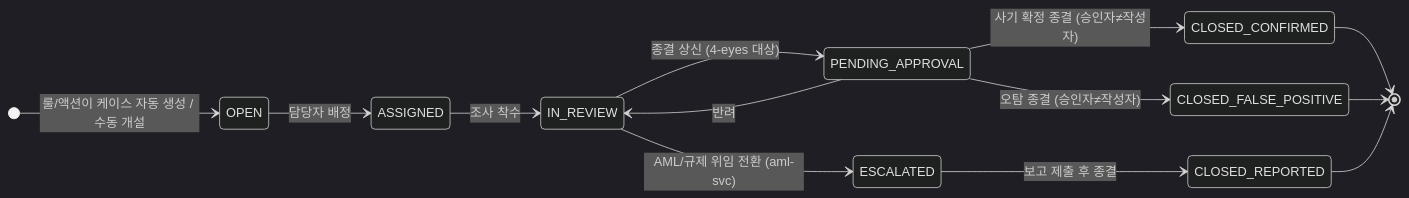
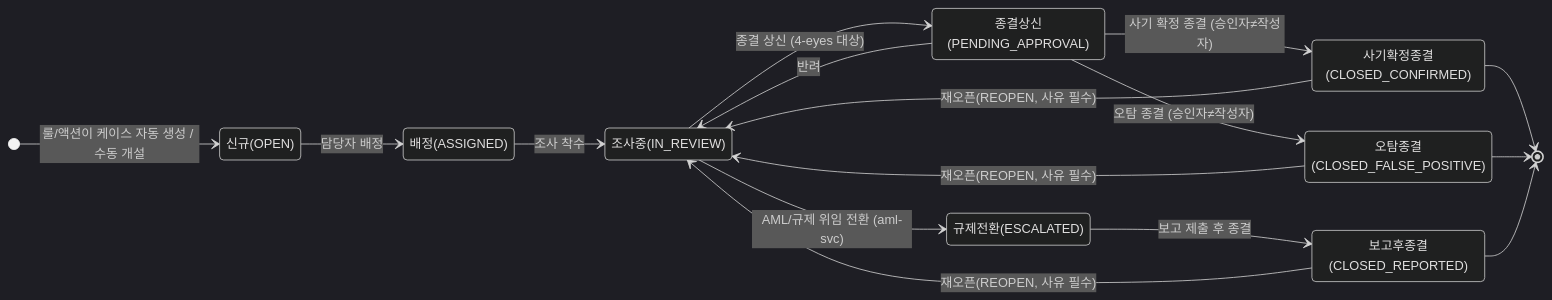
Before and after one commit to smkim89/aml-system-docs: the second of 5 diagrams in docs/plan/01-fds-sass-functional-spec.md, drawn with Mermaid (dark theme). The commit also changed other lines of this file and 187 other files, not shown here.

````diff
--- a/docs/plan/01-fds-sass-functional-spec.md
+++ b/docs/plan/01-fds-sass-functional-spec.md
@@ -188,16 +196,27 @@
 ```mermaid
 stateDiagram-v2
     direction LR
+    state "신규(OPEN)" as OPEN
+    state "배정(ASSIGNED)" as ASSIGNED
+    state "조사중(IN_REVIEW)" as IN_REVIEW
+    state "종결상신(PENDING_APPROVAL)" as PENDING_APPROVAL
+    state "규제전환(ESCALATED)" as ESCALATED
+    state "사기확정종결(CLOSED_CONFIRMED)" as CLOSED_CONFIRMED
+    state "오탐종결(CLOSED_FALSE_POSITIVE)" as CLOSED_FALSE_POSITIVE
+    state "보고후종결(CLOSED_REPORTED)" as CLOSED_REPORTED
     [*] --> OPEN : 룰/액션이 케이스 자동 생성 / 수동 개설
     OPEN --> ASSIGNED : 담당자 배정
     ASSIGNED --> IN_REVIEW : 조사 착수
     IN_REVIEW --> PENDING_APPROVAL : 종결 상신 (4-eyes 대상)
     PENDING_APPROVAL --> CLOSED_CONFIRMED : 사기 확정 종결 (승인자≠작성자)
     PENDING_APPROVAL --> CLOSED_FALSE_POSITIVE : 오탐 종결 (승인자≠작성자)
     PENDING_APPROVAL --> IN_REVIEW : 반려
     IN_REVIEW --> ESCALATED : AML/규제 위임 전환 (aml-svc)
     ESCALATED --> CLOSED_REPORTED : 보고 제출 후 종결
+    CLOSED_CONFIRMED --> IN_REVIEW : 재오픈(REOPEN, 사유 필수)
+    CLOSED_FALSE_POSITIVE --> IN_REVIEW : 재오픈(REOPEN, 사유 필수)
+    CLOSED_REPORTED --> IN_REVIEW : 재오픈(REOPEN, 사유 필수)
     CLOSED_CONFIRMED --> [*]
     CLOSED_FALSE_POSITIVE --> [*]
     CLOSED_REPORTED --> [*]
 ```
````
